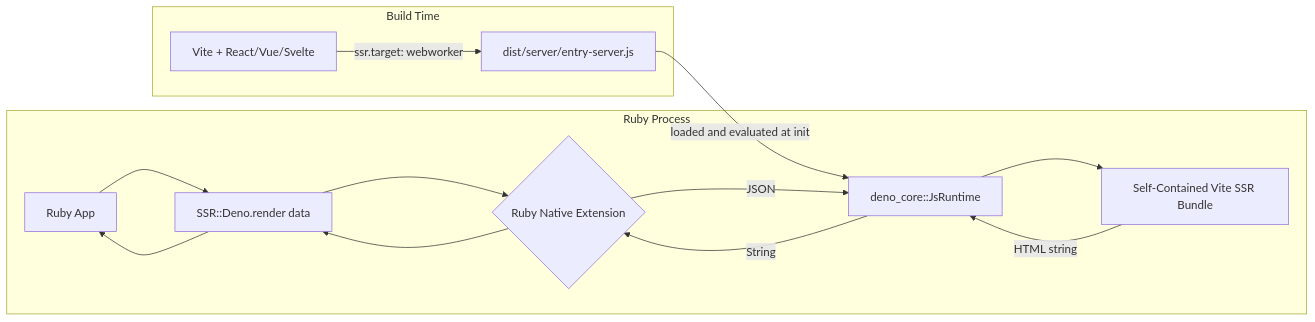
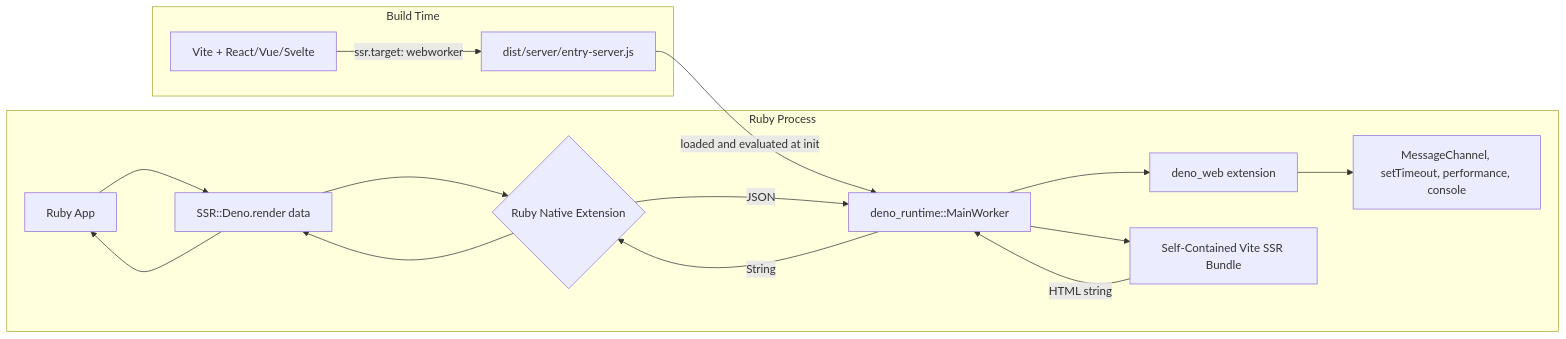
One commit to mdesantis/ssr-deno changed the first of 4 diagrams in plans/architecture.md. Above: the diagram before and after it, drawn with Mermaid. The commit also changed other lines of this file and 5 other files, not shown here.

First line of the commit message:
cleanup: strip old JsRuntime approach, prepare MainWorker skeleton

````diff
--- a/plans/architecture.md
+++ b/plans/architecture.md
@@ -9,19 +9,21 @@
 ```mermaid
 flowchart LR
     subgraph Ruby Process
         A[Ruby App] --> B[SSR::Deno.render data]
         B --> C{Ruby Native Extension}
-        C -->|JSON| D[deno_core::JsRuntime]
-        D --> E[Self-Contained Vite SSR Bundle]
-        E -->|HTML string| D
+        C -->|JSON| D[deno_runtime::MainWorker]
+        D --> E[deno_web extension]
+        E --> F[MessageChannel, setTimeout, performance, console]
+        D --> G[Self-Contained Vite SSR Bundle]
+        G -->|HTML string| D
         D -->|String| C
         C --> B
         B --> A
     end
 
     subgraph Build Time
-        F[Vite + React/Vue/Svelte] -->|ssr.target: webworker| G[dist/server/entry-server.js]
+        H[Vite + React/Vue/Svelte] -->|ssr.target: webworker| I[dist/server/entry-server.js]
     end
 
-    G -->|loaded and evaluated at init| D
+    I -->|loaded and evaluated at init| D
 ```
````
